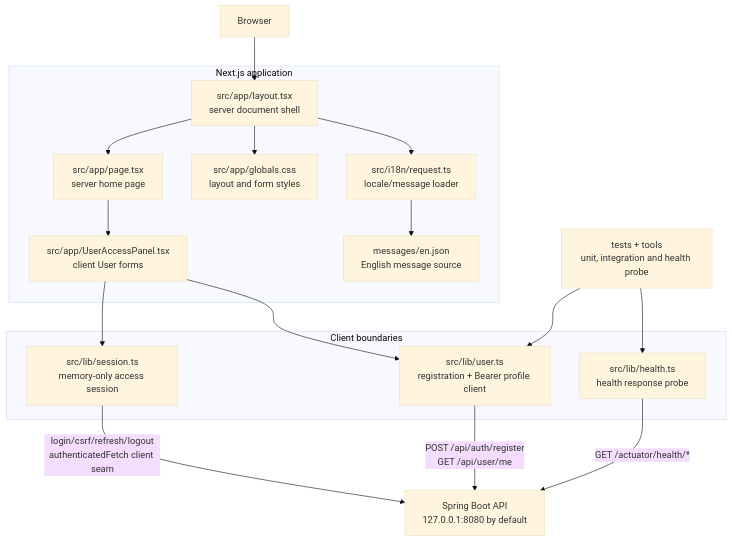
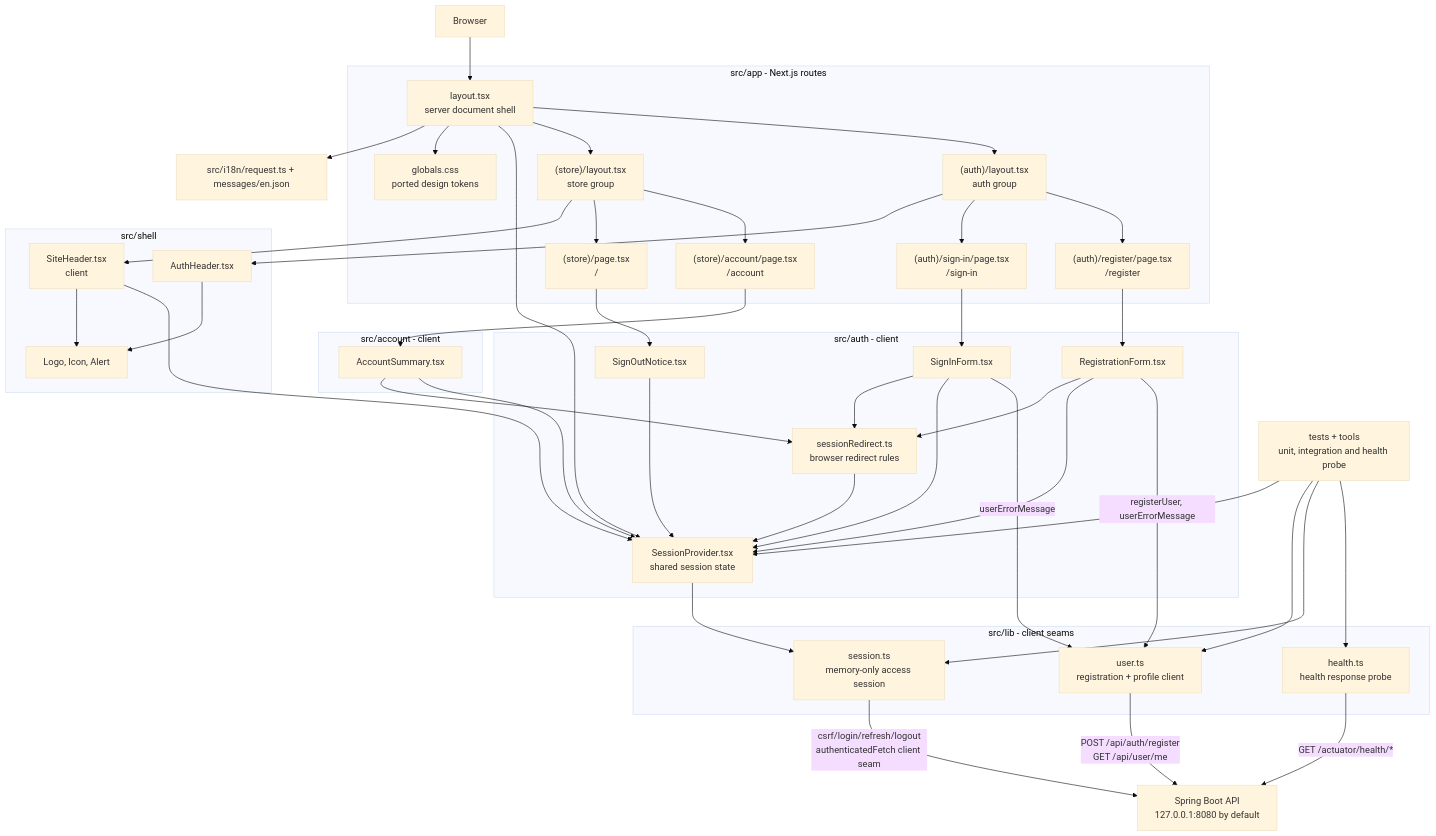
Before and after one commit to n-saakib/medi-wish-bd: the first of 2 diagrams in frontend/docs/code-architecture.md, drawn with Mermaid (base theme). The commit also changed other lines of this file and 62 other files, not shown here.

First line of the commit message:
Apply the storefront design to registration, sign-in and sign-out

````diff
--- a/frontend/docs/code-architecture.md
+++ b/frontend/docs/code-architecture.md
@@ -15,36 +17,81 @@
 ```mermaid
 flowchart TD
     BROWSER[Browser]
 
-    subgraph APP[Next.js application]
-        LAYOUT[src/app/layout.tsx<br/>server document shell]
-        PAGE[src/app/page.tsx<br/>server home page]
-        PANEL[src/app/UserAccessPanel.tsx<br/>client User forms]
-        CSS[src/app/globals.css<br/>layout and form styles]
-        I18N[src/i18n/request.ts<br/>locale/message loader]
-        MSG[messages/en.json<br/>English message source]
+    subgraph APP[src/app - Next.js routes]
+        LAYOUT[layout.tsx<br/>server document shell]
+        CSS[globals.css<br/>ported design tokens]
+        STORE["(store)/layout.tsx<br/>store group"]
+        HOME["(store)/page.tsx<br/>/"]
+        ACCOUNTPAGE["(store)/account/page.tsx<br/>/account"]
+        AUTH["(auth)/layout.tsx<br/>auth group"]
+        SIGNINPAGE["(auth)/sign-in/page.tsx<br/>/sign-in"]
+        REGISTERPAGE["(auth)/register/page.tsx<br/>/register"]
     end
 
-    subgraph LIB[Client boundaries]
-        SESSION[src/lib/session.ts<br/>memory-only access session]
-        USER[src/lib/user.ts<br/>registration + Bearer profile client]
-        HEALTH[src/lib/health.ts<br/>health response probe]
+    subgraph AUTHF[src/auth - client]
+        PROVIDER[SessionProvider.tsx<br/>shared session state]
+        REDIRECT[sessionRedirect.ts<br/>browser redirect rules]
+        SIGNIN[SignInForm.tsx]
+        REGISTER[RegistrationForm.tsx]
+        NOTICE[SignOutNotice.tsx]
     end
 
+    subgraph ACCOUNTF[src/account - client]
+        SUMMARY[AccountSummary.tsx]
+    end
+
+    subgraph SHELL[src/shell]
+        SITEHEADER[SiteHeader.tsx<br/>client]
+        AUTHHEADER[AuthHeader.tsx]
+        PARTS[Logo, Icon, Alert]
+    end
+
+    subgraph LIB[src/lib - client seams]
+        SESSION[session.ts<br/>memory-only access session]
+        USER[user.ts<br/>registration + profile client]
+        HEALTH[health.ts<br/>health response probe]
+    end
+
+    I18N[src/i18n/request.ts + messages/en.json]
     API[Spring Boot API<br/>127.0.0.1:8080 by default]
     TESTS[tests + tools<br/>unit, integration and health probe]
 
     BROWSER --> LAYOUT
     LAYOUT --> I18N
-    LAYOUT --> PAGE
-    PAGE --> PANEL
-    I18N --> MSG
-    PANEL --> SESSION
-    PANEL --> USER
     LAYOUT --> CSS
-    SESSION -->|login/csrf/refresh/logout<br/>authenticatedFetch client seam| API
+    LAYOUT --> PROVIDER
+    LAYOUT --> STORE
+    LAYOUT --> AUTH
+    STORE --> SITEHEADER
+    STORE --> HOME
+    STORE --> ACCOUNTPAGE
+    AUTH --> AUTHHEADER
+    AUTH --> SIGNINPAGE
+    AUTH --> REGISTERPAGE
+    HOME --> NOTICE
+    ACCOUNTPAGE --> SUMMARY
+    SIGNINPAGE --> SIGNIN
+    REGISTERPAGE --> REGISTER
+    SITEHEADER --> PARTS
+    AUTHHEADER --> PARTS
+    SIGNIN --> REDIRECT
+    REGISTER --> REDIRECT
+    SUMMARY --> REDIRECT
+    REDIRECT --> PROVIDER
+    SIGNIN --> PROVIDER
+    REGISTER --> PROVIDER
+    NOTICE --> PROVIDER
+    SUMMARY --> PROVIDER
+    SITEHEADER --> PROVIDER
+    PROVIDER --> SESSION
+    REGISTER -->|registerUser, userErrorMessage| USER
+    SIGNIN -->|userErrorMessage| USER
+    SESSION -->|csrf/login/refresh/logout<br/>authenticatedFetch client seam| API
     USER -->|POST /api/auth/register<br/>GET /api/user/me| API
     HEALTH -->|GET /actuator/health/*| API
+    TESTS --> PROVIDER
     TESTS --> USER
+    TESTS --> SESSION
     TESTS --> HEALTH
 ```
````
